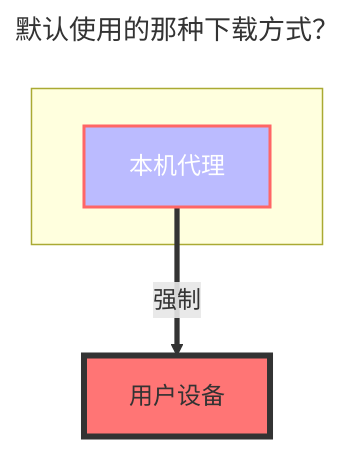
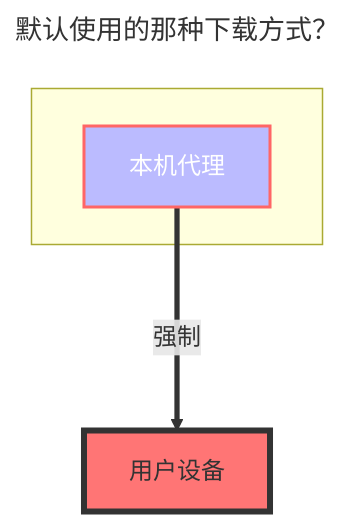
Before and after one commit to alist-org/docs: the diagram in docs/zh/guide/drivers/quark.md, drawn with Mermaid. The commit also changed 39 other files, not shown here.

````diff
--- a/docs/zh/guide/drivers/quark.md
+++ b/docs/zh/guide/drivers/quark.md
@@ -40,14 +40,14 @@
 ```mermaid
 ---
 title: 默认使用的那种下载方式？
 ---
 flowchart TB
     style c1 fill:#bbf,stroke:#f66,stroke-width:2px,color:#fff
     style a2 fill:#ff7575,stroke:#333,stroke-width:4px
     subgraph ide1 [ ]
     c1
     end
-    c1[本机代理]:::someclass==强制==>a2[用户设备]
+    c1[本机代理]:::someclass==强制===>a2[用户设备]
     classDef someclass fill:#f96
     click c1 "../drivers/common.html#webdav-策略"
 ```
````
